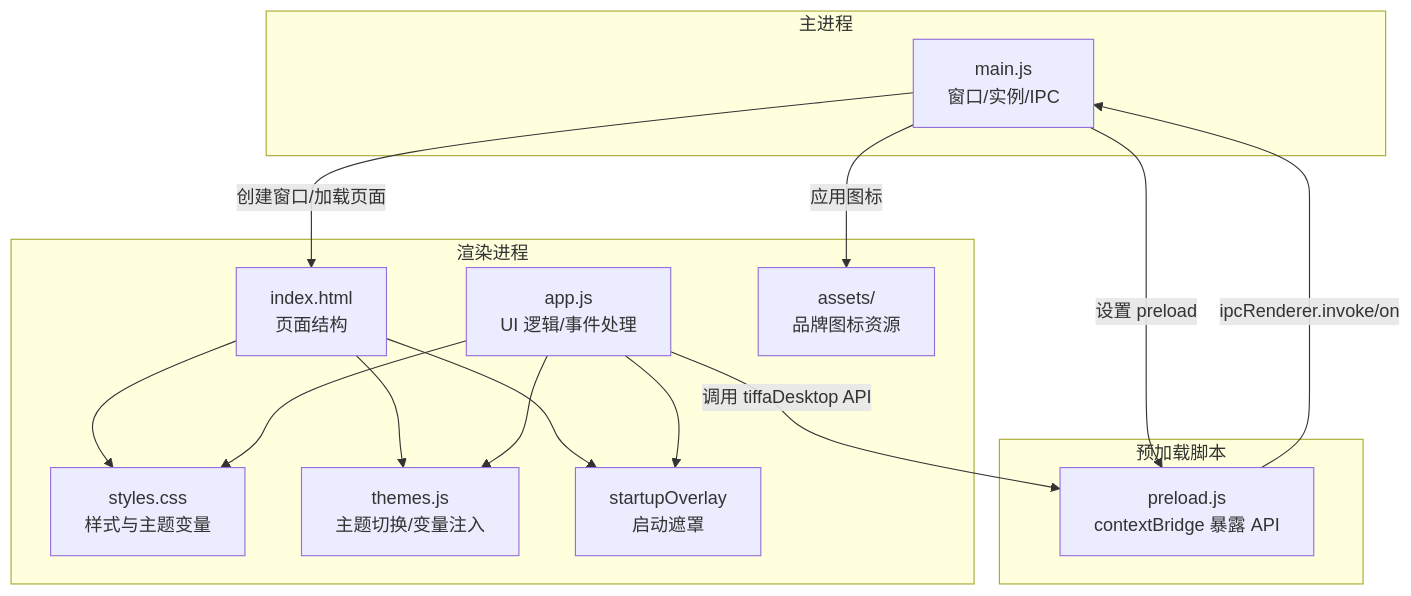
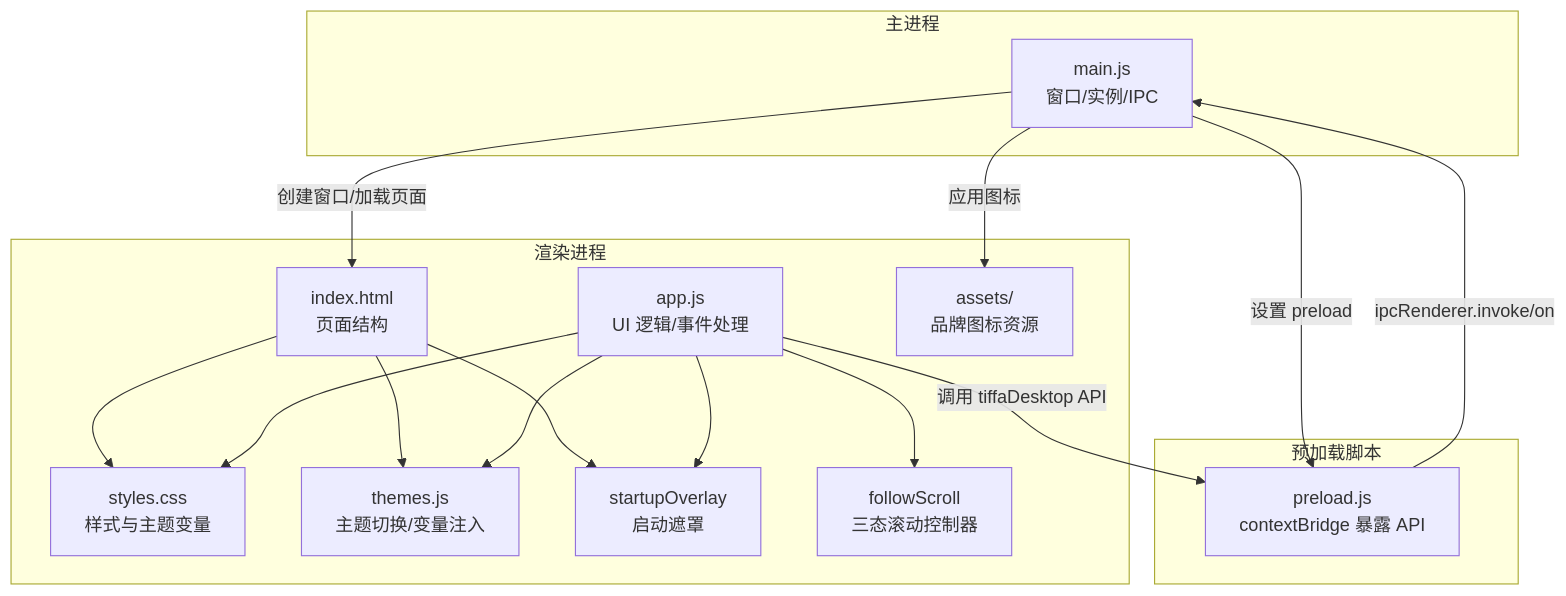
Before and after one commit to swond-Mao/Tiffa: the first of 10 diagrams in .qoder/repowiki/zh/content/核心架构/Electron应用架构/Electron应用架构.md, drawn with Mermaid. The commit also changed other lines of this file and 22 other files, not shown here.

````diff
--- a/.qoder/repowiki/zh/content/核心架构/Electron应用架构/Electron应用架构.md
+++ b/.qoder/repowiki/zh/content/核心架构/Electron应用架构/Electron应用架构.md
@@ -56,28 +60,30 @@
 ```mermaid
 graph TB
 subgraph "主进程"
 M["main.js<br/>窗口/实例/IPC"]
 end
 subgraph "预加载脚本"
 P["preload.js<br/>contextBridge 暴露 API"]
 end
 subgraph "渲染进程"
 R["app.js<br/>UI 逻辑/事件处理"]
 H["index.html<br/>页面结构"]
 S["styles.css<br/>样式与主题变量"]
 T["themes.js<br/>主题切换/变量注入"]
 O["startupOverlay<br/>启动遮罩"]
 A["assets/<br/>品牌图标资源"]
+F["followScroll<br/>三态滚动控制器"]
 end
 M --> |创建窗口/加载页面| H
 M --> |设置 preload| P
 M --> |应用图标| A
 P --> |ipcRenderer.invoke/on| M
 R --> |调用 tiffaDesktop API| P
 H --> S
 H --> T
 H --> O
 R --> S
 R --> T
 R --> O
+R --> F
 ```
````
